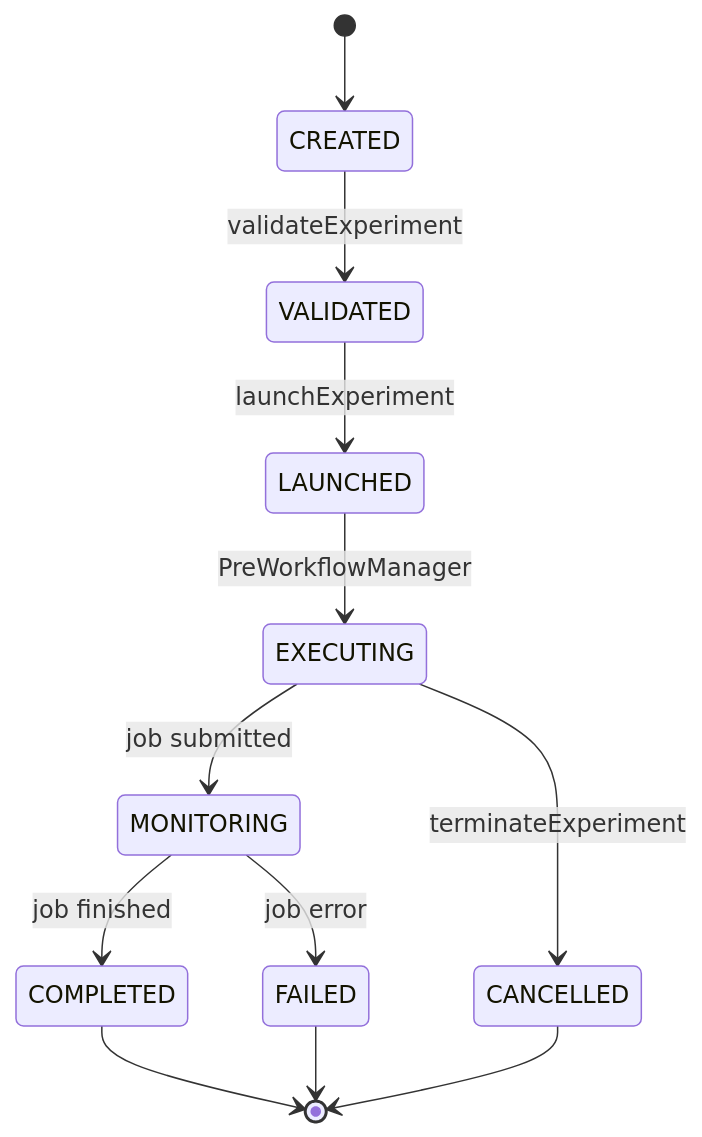
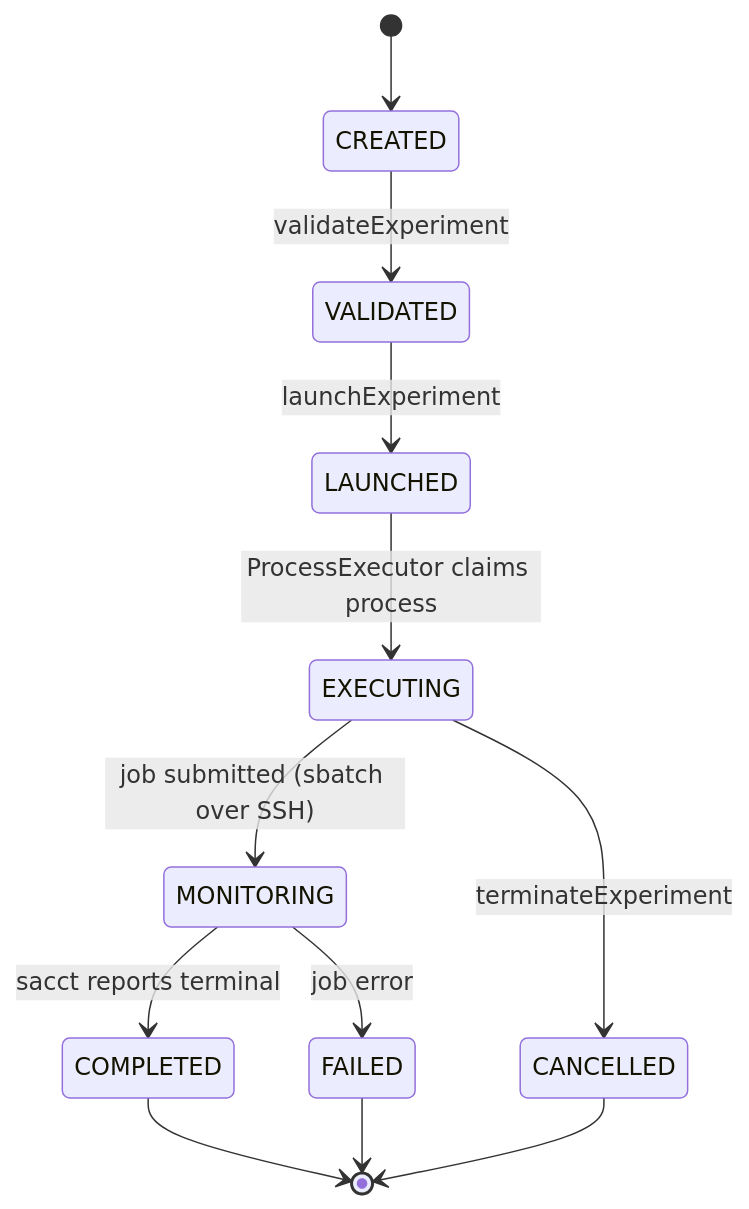
Before and after one commit to apache/airavata: the second of 3 diagrams in README.md, drawn with Mermaid. The commit also changed other lines of this file and 216 other files, not shown here.

First line of the commit message:
feat(orchestration): SSH/SFTP×SLURM/AWS resource model on a DB-transactional executor (#660)

````diff
--- a/README.md
+++ b/README.md
@@ -138,14 +129,14 @@
 ```mermaid
 stateDiagram-v2
     [*] --> CREATED
     CREATED --> VALIDATED : validateExperiment
     VALIDATED --> LAUNCHED : launchExperiment
-    LAUNCHED --> EXECUTING : PreWorkflowManager
-    EXECUTING --> MONITORING : job submitted
-    MONITORING --> COMPLETED : job finished
+    LAUNCHED --> EXECUTING : ProcessExecutor claims process
+    EXECUTING --> MONITORING : job submitted (sbatch over SSH)
+    MONITORING --> COMPLETED : sacct reports terminal
     MONITORING --> FAILED : job error
     EXECUTING --> CANCELLED : terminateExperiment
     COMPLETED --> [*]
     FAILED --> [*]
     CANCELLED --> [*]
 ```
````
